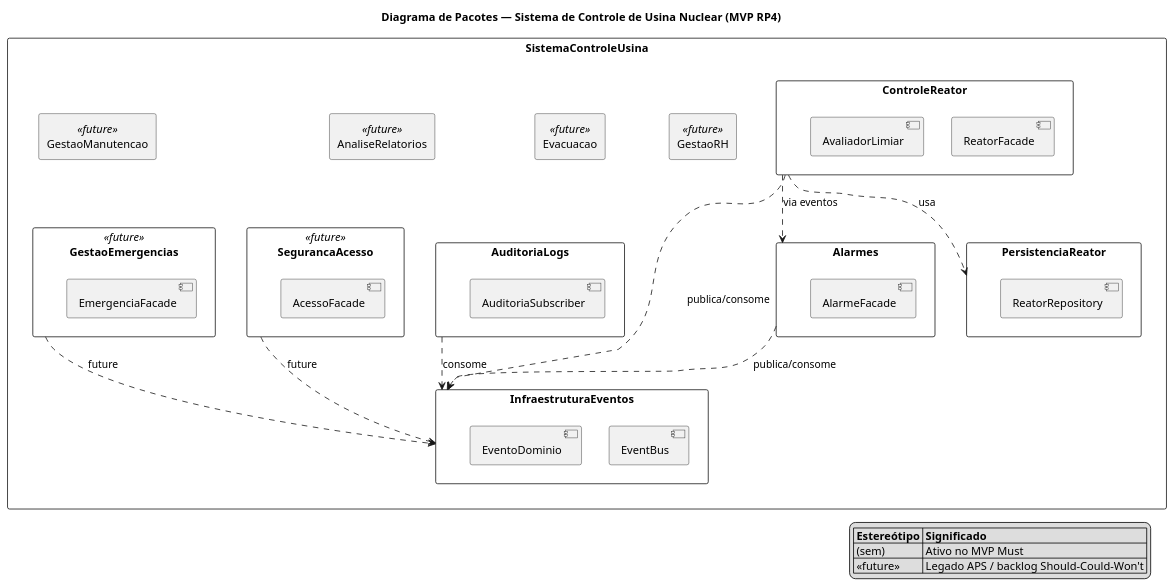
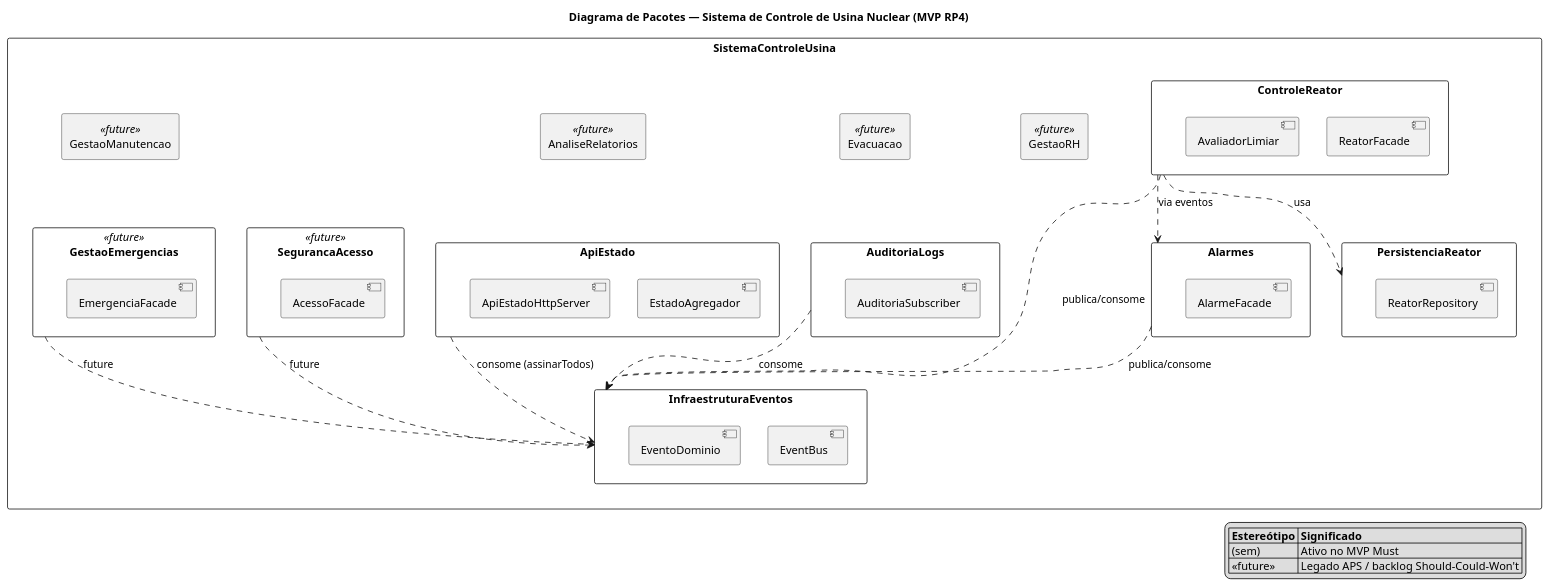
The diagram in docs/marco1/diagramas/pacotes.puml (rlampago22/RP-IV), drawn with PlantUML before and after one commit. The commit also changed 1 other file, not shown here.

Commit message:
docs(marco1): atualizar diagramas de pacotes e componentes com ApiEstado

```diff
--- a/docs/marco1/diagramas/pacotes.puml
+++ b/docs/marco1/diagramas/pacotes.puml
@@ -1,65 +1,71 @@
 @startuml pacotes-mvp-usina
 title Diagrama de Pacotes — Sistema de Controle de Usina Nuclear (MVP RP4)
 skinparam packageStyle rectangle
 skinparam shadowing false
 
 package "SistemaControleUsina" {
 
   package "InfraestruturaEventos" {
     [EventBus]
     [EventoDominio]
   }
 
   package "ControleReator" {
     [ReatorFacade]
     [AvaliadorLimiar]
   }
 
   package "Alarmes" {
     [AlarmeFacade]
   }
 
   package "PersistenciaReator" {
     [ReatorRepository]
   }
 
   package "AuditoriaLogs" {
     [AuditoriaSubscriber]
   }
 
+  package "ApiEstado" {
+    [EstadoAgregador]
+    [ApiEstadoHttpServer]
+  }
+
   package "SegurancaAcesso" <<future>> {
     [AcessoFacade]
   }
 
   package "GestaoEmergencias" <<future>> {
     [EmergenciaFacade]
   }
 
   package "GestaoRH" <<future>> {
   }
 
   package "Evacuacao" <<future>> {
   }
 
   package "AnaliseRelatorios" <<future>> {
   }
 
   package "GestaoManutencao" <<future>> {
   }
 }
 
 ControleReator ..> InfraestruturaEventos : publica/consome
 Alarmes ..> InfraestruturaEventos : publica/consome
 AuditoriaLogs ..> InfraestruturaEventos : consome
+ApiEstado ..> InfraestruturaEventos : consome (assinarTodos)
 ControleReator ..> PersistenciaReator : usa
 ControleReator ..> Alarmes : via eventos
 SegurancaAcesso ..> InfraestruturaEventos : «future»
 GestaoEmergencias ..> InfraestruturaEventos : «future»
 
 legend right
   |= Estereótipo |= Significado |
   | (sem) | Ativo no MVP Must |
   | <<future>> | Legado APS / backlog Should-Could-Won't |
 endlegend
 
 @enduml
```
